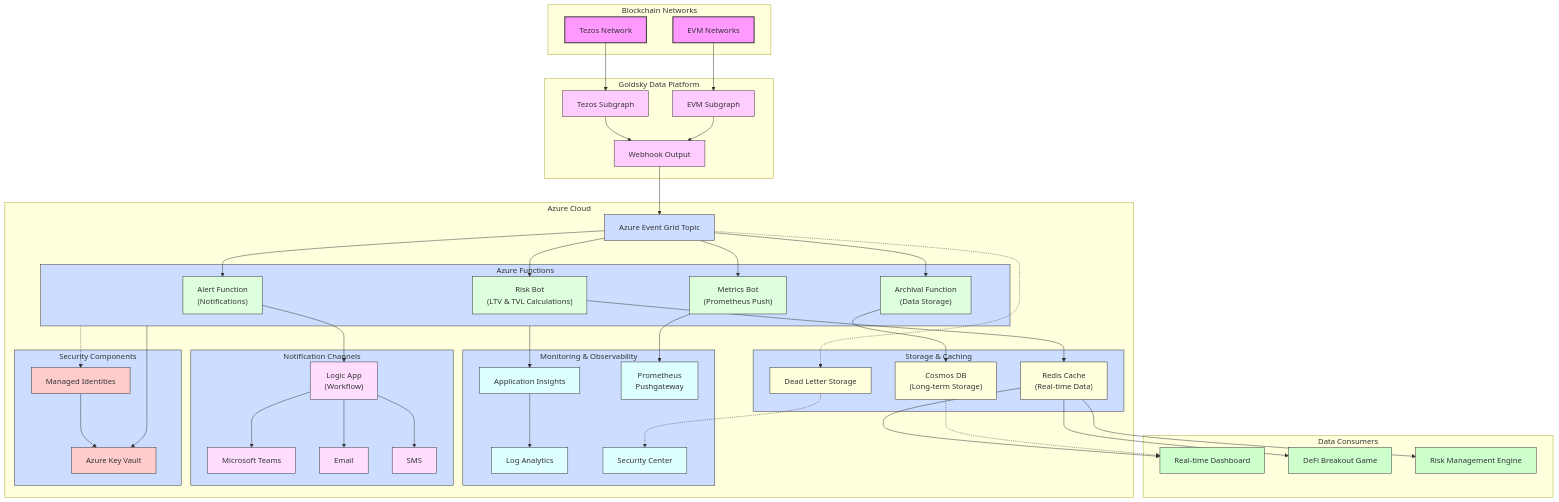
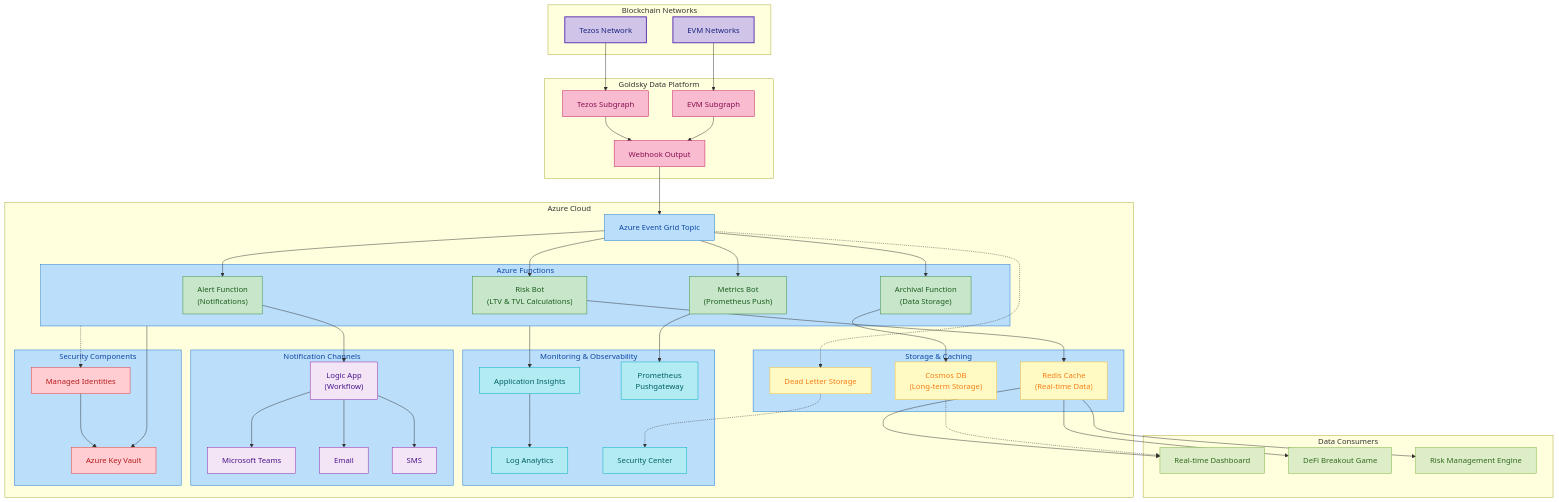
Before and after one commit to VeritasVault-ai/vv-chain-services: the diagram in README.md, drawn with Mermaid.

```diff
--- a/README.md
+++ b/README.md
@@ -117,15 +117,15 @@
   Redis --> RiskEngine
   CosmosDB -.-> Dashboard
   
-  classDef blockchain fill:#f9f,stroke:#333,stroke-width:2px
-  classDef goldsky fill:#fcf,stroke:#333,stroke-width:1px
-  classDef azure fill:#cdf,stroke:#333,stroke-width:1px
-  classDef function fill:#dfd,stroke:#333,stroke-width:1px
-  classDef storage fill:#ffd,stroke:#333,stroke-width:1px
-  classDef monitoring fill:#dff,stroke:#333,stroke-width:1px
-  classDef notification fill:#fdf,stroke:#333,stroke-width:1px
-  classDef security fill:#fcc,stroke:#333,stroke-width:1px
-  classDef consumer fill:#cfc,stroke:#333,stroke-width:1px
+classDef blockchain fill:#d1c4e9,stroke:#5e35b1,stroke-width:2px,color:#1a237e
+classDef goldsky   fill:#f8bbd0,stroke:#c2185b,stroke-width:1px,color:#880e4f
+classDef azure     fill:#bbdefb,stroke:#1976d2,stroke-width:1px,color:#0d47a1
+classDef function  fill:#c8e6c9,stroke:#388e3c,stroke-width:1px,color:#1b5e20
+classDef storage   fill:#fff9c4,stroke:#fbc02d,stroke-width:1px,color:#f57f17
+classDef monitoring fill:#b2ebf2,stroke:#00acc1,stroke-width:1px,color:#006064
+classDef notification fill:#f3e5f5,stroke:#8e24aa,stroke-width:1px,color:#4a148c
+classDef security  fill:#ffcdd2,stroke:#e53935,stroke-width:1px,color:#b71c1c
+classDef consumer  fill:#dcedc8,stroke:#7cb342,stroke-width:1px,color:#33691e
   
   class Tezos,EVM blockchain
   class TezosSubgraph,EVMSubgraph,WebhookOutput goldsky
```
